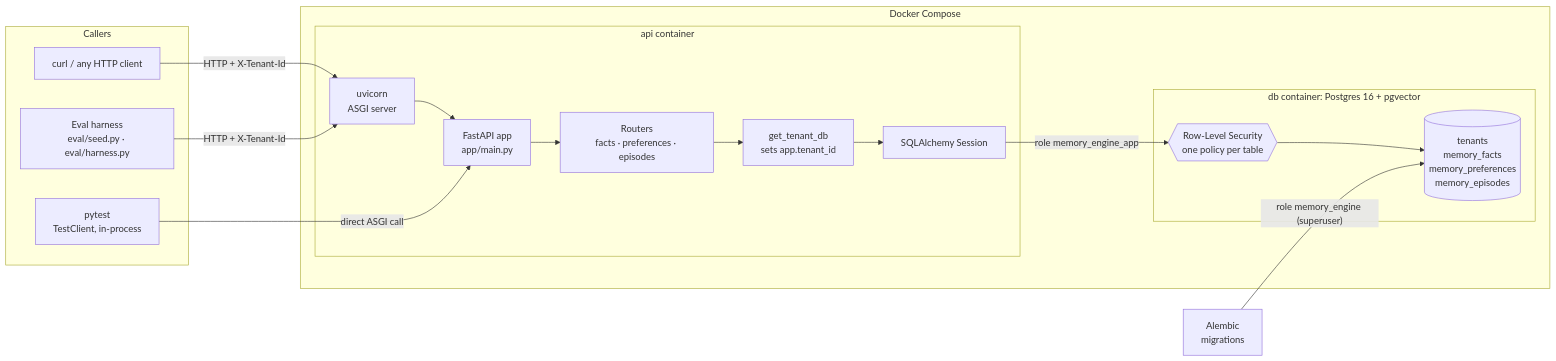
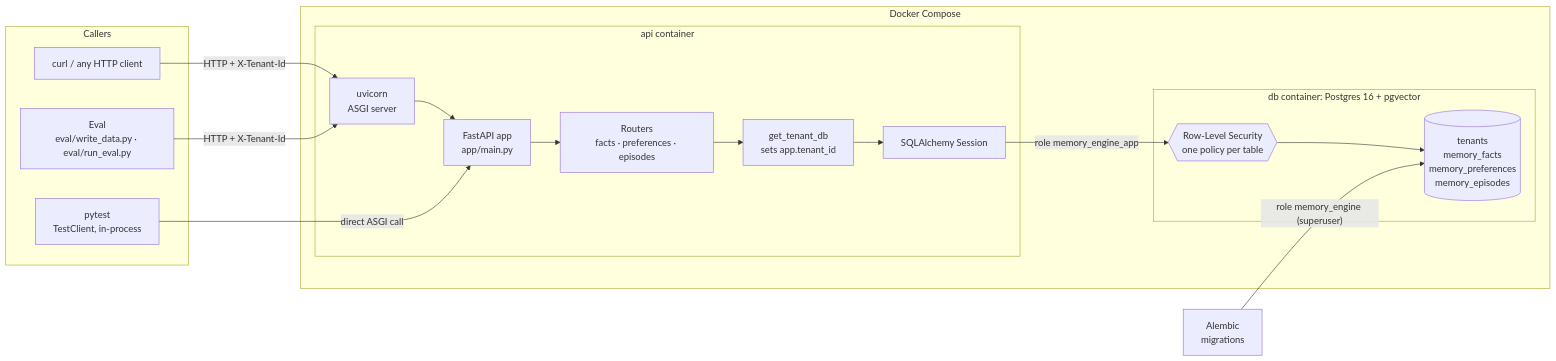
Before and after one commit to ZiadHendawy/mutable: the first of 10 diagrams in README.md, drawn with Mermaid. The commit also changed other lines of this file and 14 other files, not shown here.

````diff
--- a/README.md
+++ b/README.md
@@ -73,30 +73,30 @@
 ```mermaid
 flowchart LR
     subgraph callers["Callers"]
         curl["curl / any HTTP client"]
-        harness["Eval harness<br/>eval/seed.py · eval/harness.py"]
+        evals["Eval<br/>eval/write_data.py · eval/run_eval.py"]
         tests["pytest<br/>TestClient, in-process"]
     end
 
     subgraph compose["Docker Compose"]
         subgraph apibox["api container"]
             uvicorn["uvicorn<br/>ASGI server"] --> fastapi["FastAPI app<br/>app/main.py"]
             fastapi --> routers["Routers<br/>facts · preferences · episodes"]
             routers --> dep["get_tenant_db<br/>sets app.tenant_id"]
             dep --> orm["SQLAlchemy Session"]
         end
         subgraph dbbox["db container: Postgres 16 + pgvector"]
             rls{{"Row-Level Security<br/>one policy per table"}}
             tables[("tenants<br/>memory_facts<br/>memory_preferences<br/>memory_episodes")]
         end
     end
 
     alembic["Alembic<br/>migrations"]
 
     curl -- "HTTP + X-Tenant-Id" --> uvicorn
-    harness -- "HTTP + X-Tenant-Id" --> uvicorn
+    evals -- "HTTP + X-Tenant-Id" --> uvicorn
     tests -- "direct ASGI call" --> fastapi
     orm -- "role memory_engine_app" --> rls
     rls --> tables
     alembic -- "role memory_engine (superuser)" --> tables
 ```
````
